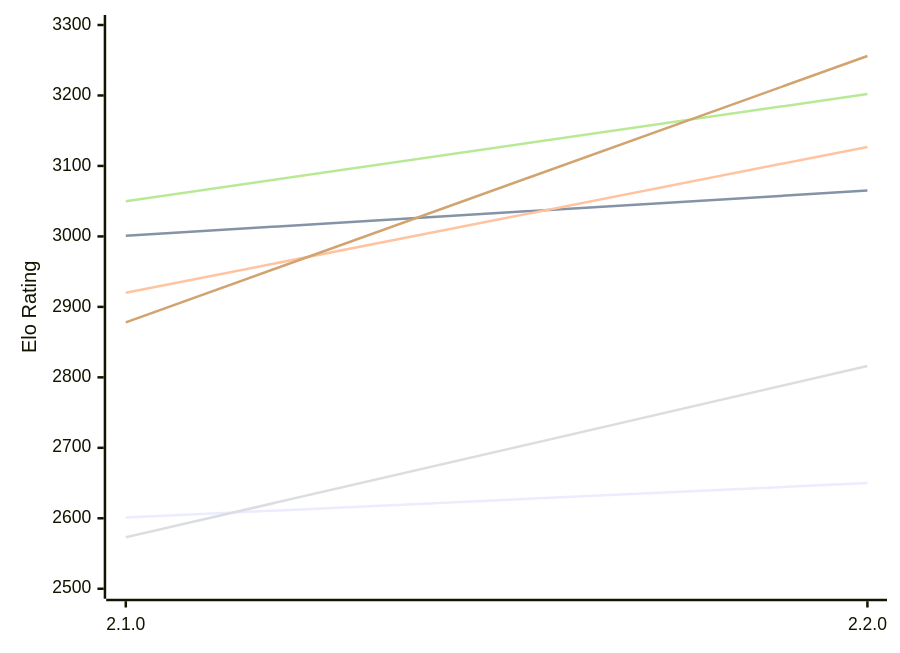
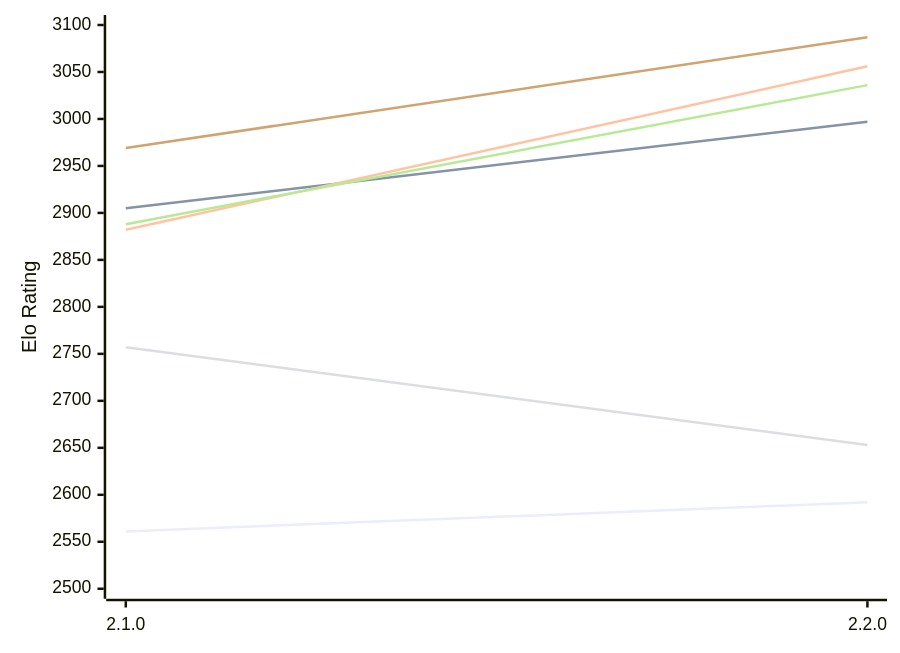
Before and after one commit to computer-chess-index/cci: the first of 2 diagrams in engines/Aspen.md, drawn with Mermaid. The commit also changed other lines of this file, not shown here.

Commit message:
Update CCI Ratings (ELO VLTC) - 2026-11-13

````diff
--- a/engines/Aspen.md
+++ b/engines/Aspen.md
@@ -52,12 +52,12 @@
 ```mermaid
 %%{init: {"theme":"base","themeVariables":{"seriesColors:['#a3a3a3','#222221','#faa371']}}}%%
 xychart-beta
   x-axis ["2.1.0", "2.2.0"]
-  y-axis "Elo Rating" 2500 --> 3300
-  line "E1: STC (8.0+0.08s)" [2601, 2650]
-  line "E1: LTC (60.0+0.60s)" [3001, 3065]
-  line "E1: VLTC (2m24s+1.12s)" [2920, 3127]
-  line "P1: STC (8.0+0.08s)" [2573, 2816]
-  line "P1: LTC (60.0+0.60s)" [3050, 3202]
-  line "P1: VLTC (2m24s+1.12s)" [2878, 3256]
+  y-axis "Elo Rating" 2500 --> 3100
+  line "E1: STC (8.0+0.08s)" [2561, 2592]
+  line "E1: LTC (60.0+0.60s)" [2905, 2997]
+  line "E1: VLTC (2m24s+1.12s)" [2882, 3056]
+  line "P1: STC (8.0+0.08s)" [2757, 2653]
+  line "P1: LTC (60.0+0.60s)" [2888, 3036]
+  line "P1: VLTC (2m24s+1.12s)" [2969, 3087]
 ```
````
